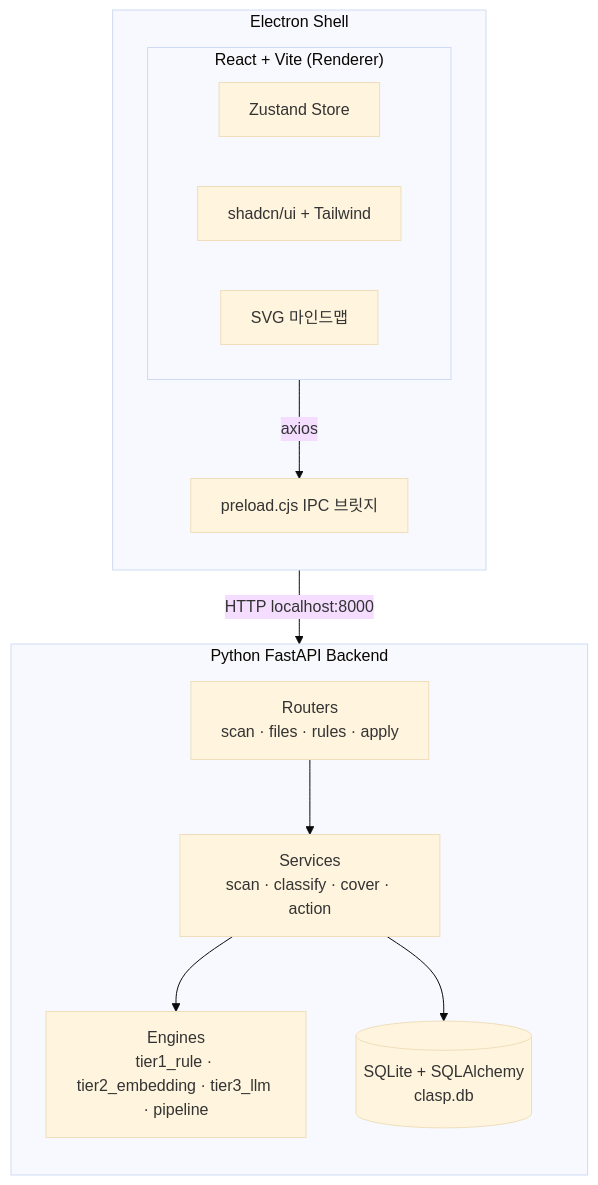
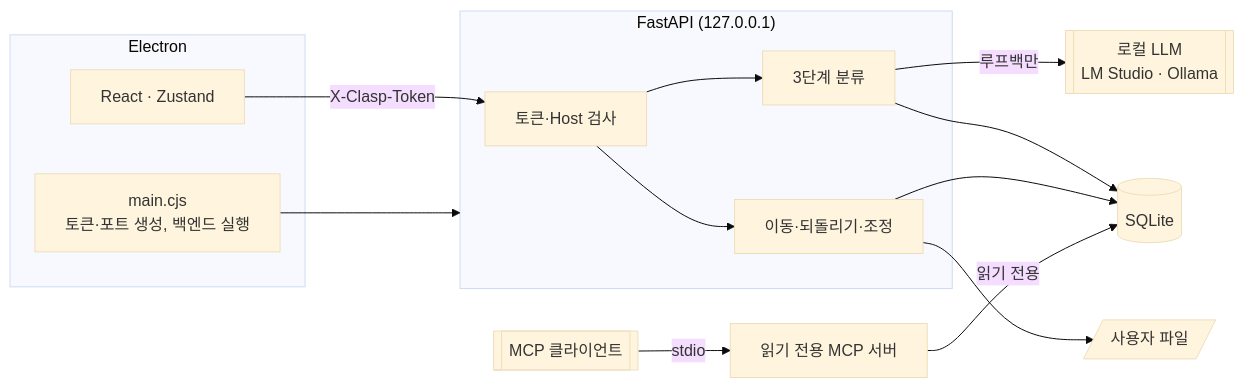
One commit to KimHands/clasp changed the diagram in README.md. Above: the diagram before and after it, drawn with Mermaid (base theme). The commit also changed other lines of this file and 22 other files, not shown here.

````diff
--- a/README.md
+++ b/README.md
@@ -112,25 +142,28 @@
 ```mermaid
-flowchart TB
-    subgraph Electron["Electron Shell"]
-        direction TB
-        subgraph Renderer["React + Vite (Renderer)"]
-            Store[Zustand Store]
-            UI[shadcn/ui + Tailwind]
-            Map[SVG 마인드맵]
-        end
-        IPC[preload.cjs IPC 브릿지]
-        Renderer -->|axios| IPC
+flowchart LR
+    subgraph App["Electron"]
+        Main[main.cjs<br/>토큰·포트 생성, 백엔드 실행]
+        UI[React · Zustand]
     end
+    subgraph Backend["FastAPI (127.0.0.1)"]
+        Guard[토큰·Host 검사]
+        Engine[3단계 분류]
+        Move[이동·되돌리기·조정]
+    end
+    DB[(SQLite)]
+    LLM[[로컬 LLM<br/>LM Studio · Ollama]]
+    Files[/사용자 파일/]
+    Agent[[MCP 클라이언트]]
+    MCP[읽기 전용 MCP 서버]
 
-    subgraph Backend["Python FastAPI Backend"]
-        direction TB
-        Routers["Routers<br/>scan · files · rules · apply"]
-        Services["Services<br/>scan · classify · cover · action"]
-        Engines["Engines<br/>tier1_rule · tier2_embedding · tier3_llm · pipeline"]
-        DB[("SQLite + SQLAlchemy<br/>clasp.db")]
-        Routers --> Services --> Engines
-        Services --> DB
-    end
-
-    IPC -->|HTTP localhost:8000| Routers
+    Main --> Backend
+    UI -- X-Clasp-Token --> Guard
+    Guard --> Engine
+    Guard --> Move
+    Engine -- 루프백만 --> LLM
+    Engine --> DB
+    Move --> DB
+    Move --> Files
+    Agent -- stdio --> MCP
+    MCP -- 읽기 전용 --> DB
 ```
````
